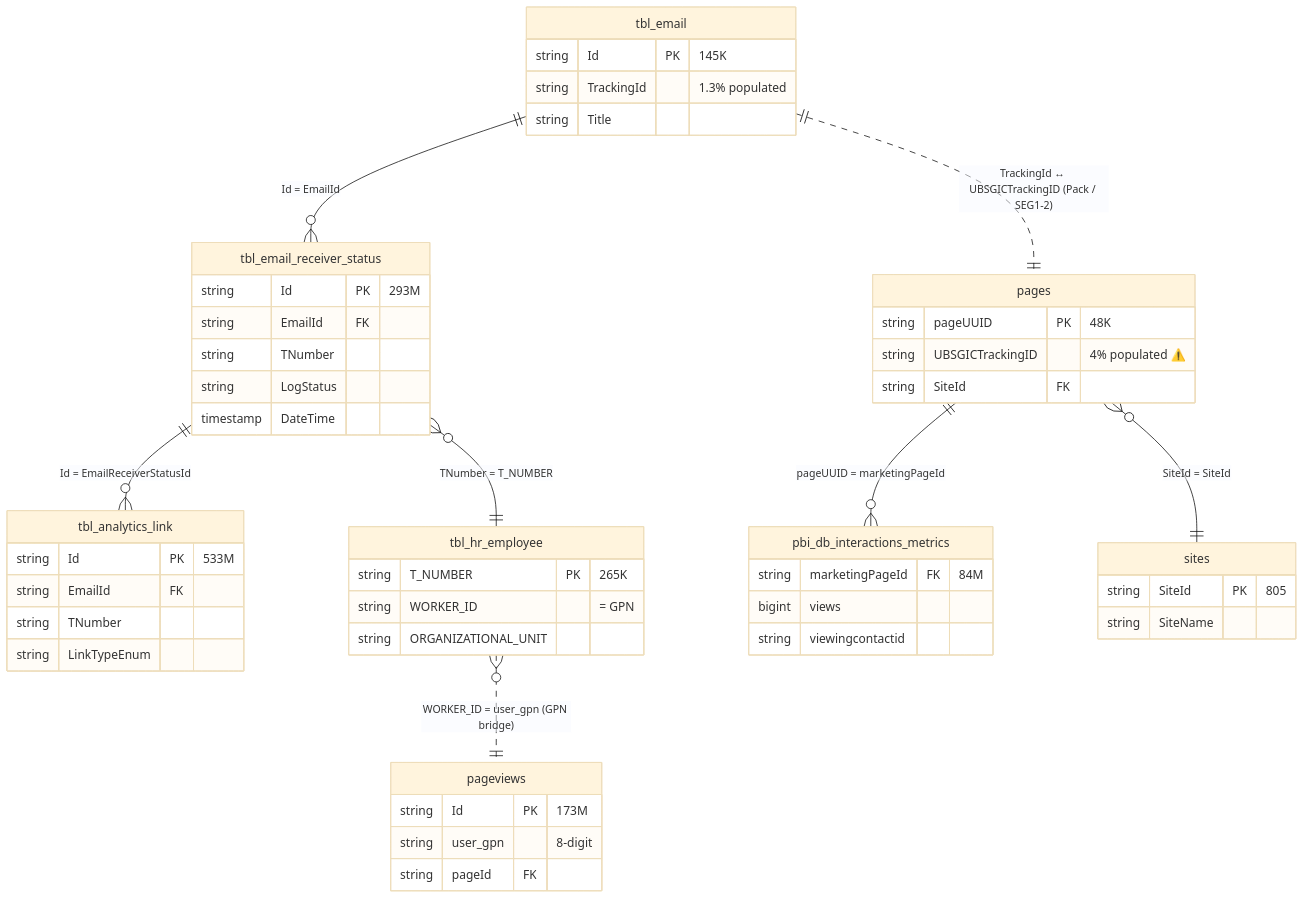
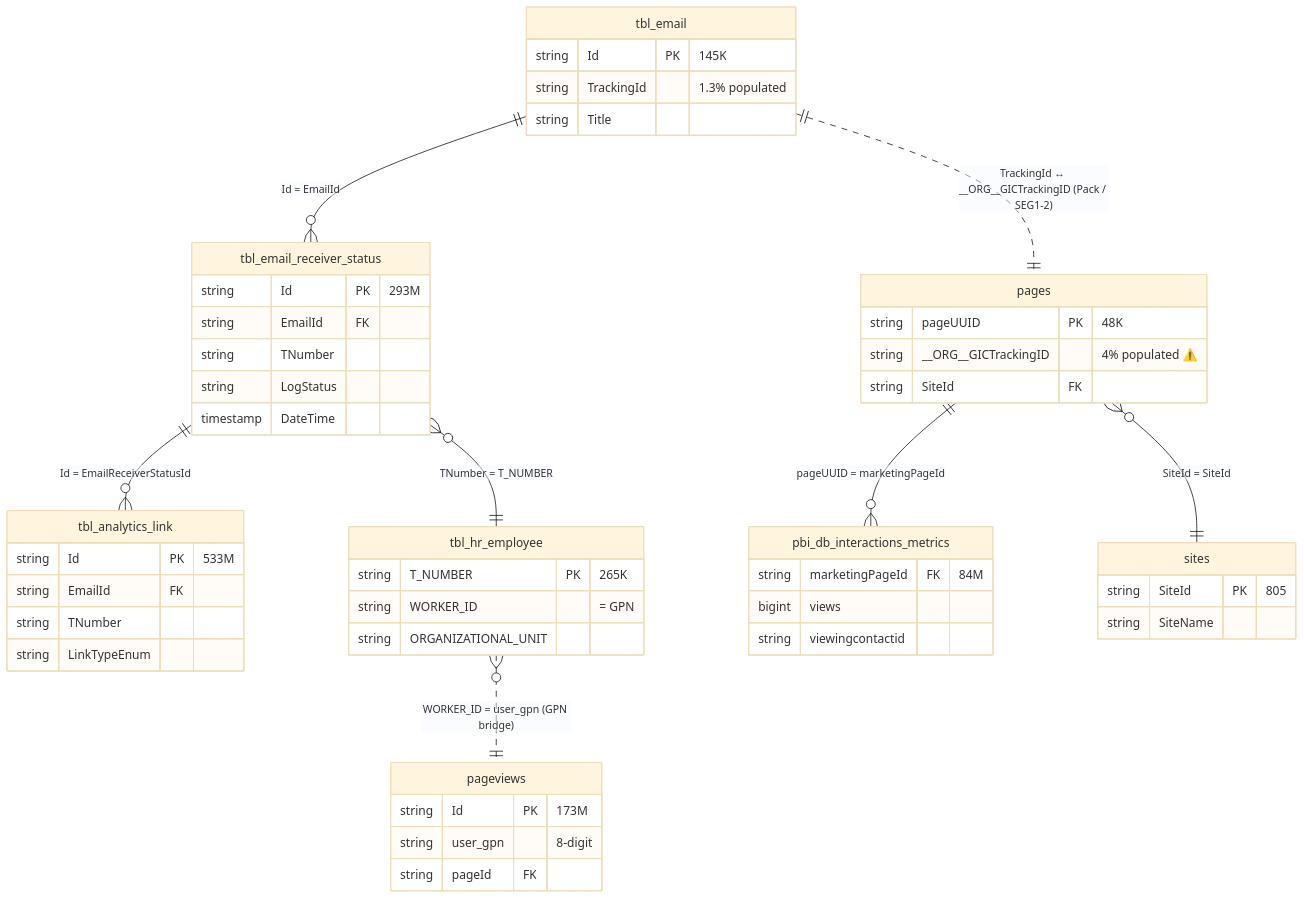
One commit to dallmi/Databricks changed the first of 2 diagrams in docs/diagrams/er_cross_channel.md. Above: the diagram before and after it, drawn with Mermaid (base theme). The commit also changed other lines of this file and 85 other files, not shown here.

````diff
--- a/docs/diagrams/er_cross_channel.md
+++ b/docs/diagrams/er_cross_channel.md
@@ -9,53 +9,53 @@
 ```mermaid
 erDiagram
-    tbl_email                 ||..|| pages                         : "TrackingId ↔ UBSGICTrackingID (Pack / SEG1-2)"
+    tbl_email                 ||..|| pages                         : "TrackingId ↔ __ORG__GICTrackingID (Pack / SEG1-2)"
     tbl_email                 ||--o{ tbl_email_receiver_status     : "Id = EmailId"
     tbl_email_receiver_status ||--o{ tbl_analytics_link            : "Id = EmailReceiverStatusId"
     tbl_email_receiver_status }o--|| tbl_hr_employee               : "TNumber = T_NUMBER"
     tbl_hr_employee           }o..|| pageviews                     : "WORKER_ID = user_gpn (GPN bridge)"
     pages                     ||--o{ pbi_db_interactions_metrics   : "pageUUID = marketingPageId"
     pages                     }o--|| sites                         : "SiteId = SiteId"
 
     tbl_email {
         string Id PK "145K"
         string TrackingId "1.3% populated"
         string Title
     }
     tbl_email_receiver_status {
         string Id PK "293M"
         string EmailId FK
         string TNumber
         string LogStatus
         timestamp DateTime
     }
     tbl_analytics_link {
         string Id PK "533M"
         string EmailId FK
         string TNumber
         string LinkTypeEnum
     }
     tbl_hr_employee {
         string T_NUMBER PK "265K"
         string WORKER_ID "= GPN"
         string ORGANIZATIONAL_UNIT
     }
     pages {
         string pageUUID PK "48K"
-        string UBSGICTrackingID "4% populated ⚠️"
+        string __ORG__GICTrackingID "4% populated ⚠️"
         string SiteId FK
     }
     pageviews {
         string Id PK "173M"
         string user_gpn "8-digit"
         string pageId FK
     }
     pbi_db_interactions_metrics {
         string marketingPageId FK "84M"
         bigint views
         string viewingcontactid
     }
     sites {
         string SiteId PK "805"
         string SiteName
     }
 ```
````
